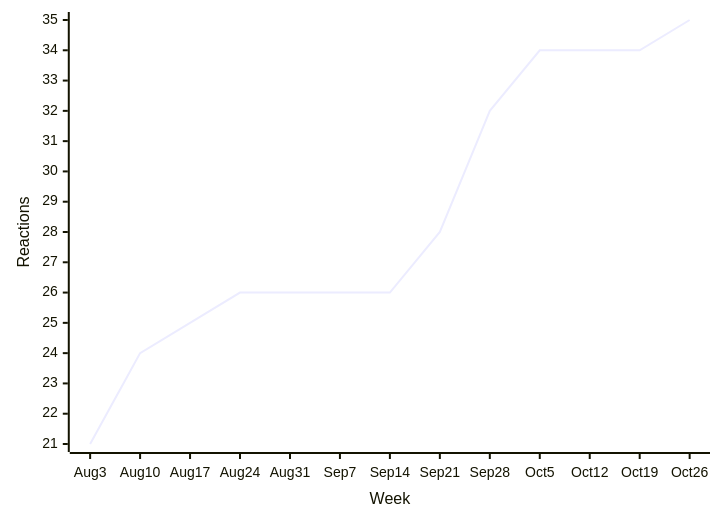
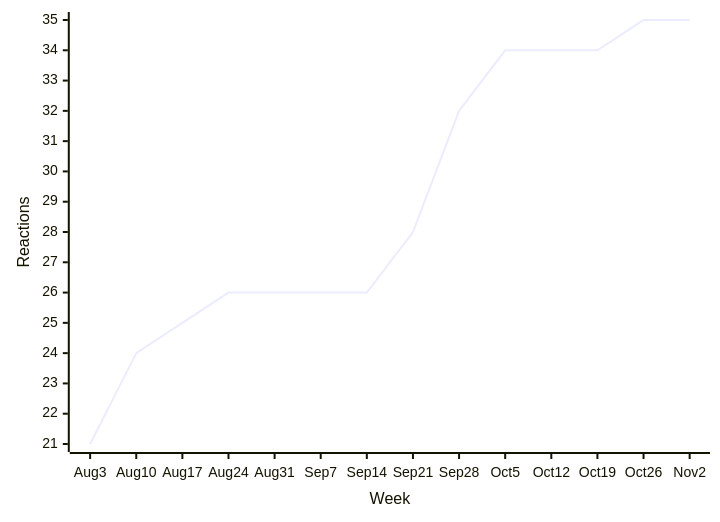
One commit to loic-sharma/github-insights changed the tenth of 38 diagrams in README.md. Above: the diagram before and after it, drawn with Mermaid. The commit also changed other lines of this file and 3 other files, not shown here.

````diff
--- a/README.md
+++ b/README.md
@@ -477,6 +477,6 @@
   ```mermaid
   xychart-beta
-    x-axis "Week" [Aug 3, Aug 10, Aug 17, Aug 24, Aug 31, Sep 7, Sep 14, Sep 21, Sep 28, Oct 5, Oct 12, Oct 19, Oct 26]
+    x-axis "Week" [Aug 3, Aug 10, Aug 17, Aug 24, Aug 31, Sep 7, Sep 14, Sep 21, Sep 28, Oct 5, Oct 12, Oct 19, Oct 26, Nov 2]
     y-axis "Reactions"
-    line [21, 24, 25, 26, 26, 26, 26, 28, 32, 34, 34, 34, 35]
+    line [21, 24, 25, 26, 26, 26, 26, 28, 32, 34, 34, 34, 35, 35]
   ```
````
